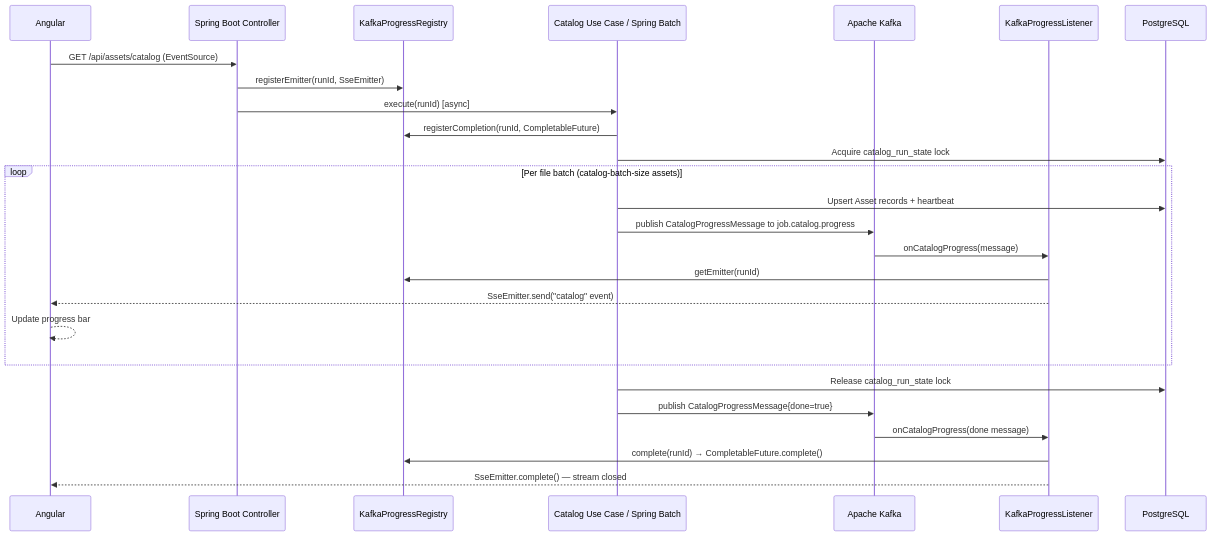
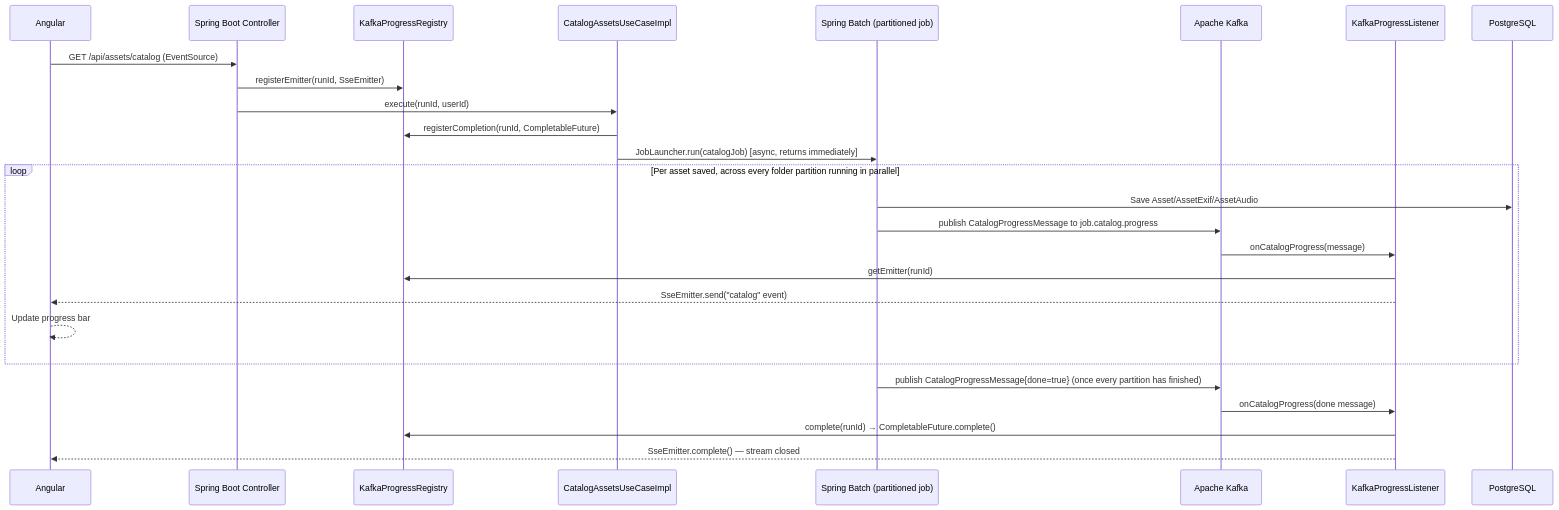
The fifth of 7 diagrams in JPPhotoManagerWeb/README.md (jpablodrexler/jp-photo-manager), drawn with Mermaid before and after one commit. The commit also changed other lines of this file, not shown here.

Commit message:
Fix Mermaid parse errors in the Database Schema and JWT flow diagrams
Database Schema erDiagram: "PK_FK" is not a valid Mermaid attribute key —
combined keys must be comma-separated ("PK, FK"). Fixed on asset_exif.asset_id
and the mongodb-user-preferences user_id row; the underscore-joined form was
silently desyncing the parser several lines later, which is why the reported
error pointed at an unrelated line.

JWT flow sequenceDiagram: verified via mermaid-cli bisection that the actual
break was semicolons inside message text ("jwt=<token>; refreshToken=<token>"),
not the angle brackets as the error location suggested — rephrased both
Set-Cookie lines to avoid semicolons entirely.

While fixing these, also replaced the "Real-time progress" section's
sequenceDiagram, which still showed the old catalog_run_state lock/heartbeat
design already known to be stale and corrected in the Catalog Process
section — it now matches the actual Spring Batch pipeline and documents the
per-instance sse-broadcaster-${HOSTNAME} consumer group.

Verified: extracted and rendered all 7 Mermaid diagrams in this file with
@mermaid-js/mermaid-cli — all render without error.

````diff
--- a/JPPhotoManagerWeb/README.md
+++ b/JPPhotoManagerWeb/README.md
@@ -757,31 +759,31 @@
 ```mermaid
 sequenceDiagram
     participant Angular
     participant Controller as Spring Boot Controller
     participant Registry as KafkaProgressRegistry
-    participant UseCase as Catalog Use Case / Spring Batch
+    participant UseCase as CatalogAssetsUseCaseImpl
+    participant Batch as Spring Batch (partitioned job)
     participant Kafka as Apache Kafka
     participant Listener as KafkaProgressListener
     participant DB as PostgreSQL
 
     Angular->>Controller: GET /api/assets/catalog (EventSource)
     Controller->>Registry: registerEmitter(runId, SseEmitter)
-    Controller->>UseCase: execute(runId) [async]
+    Controller->>UseCase: execute(runId, userId)
     UseCase->>Registry: registerCompletion(runId, CompletableFuture)
-    UseCase->>DB: Acquire catalog_run_state lock
+    UseCase->>Batch: JobLauncher.run(catalogJob) [async, returns immediately]
 
-    loop Per file batch (catalog-batch-size assets)
-        UseCase->>DB: Upsert Asset records + heartbeat
-        UseCase->>Kafka: publish CatalogProgressMessage to job.catalog.progress
+    loop Per asset saved, across every folder partition running in parallel
+        Batch->>DB: Save Asset/AssetExif/AssetAudio
+        Batch->>Kafka: publish CatalogProgressMessage to job.catalog.progress
         Kafka->>Listener: onCatalogProgress(message)
         Listener->>Registry: getEmitter(runId)
         Listener-->>Angular: SseEmitter.send("catalog" event)
         Angular-->>Angular: Update progress bar
     end
 
-    UseCase->>DB: Release catalog_run_state lock
-    UseCase->>Kafka: publish CatalogProgressMessage{done=true}
+    Batch->>Kafka: publish CatalogProgressMessage{done=true} (once every partition has finished)
     Kafka->>Listener: onCatalogProgress(done message)
     Listener->>Registry: complete(runId) → CompletableFuture.complete()
     Listener-->>Angular: SseEmitter.complete() — stream closed
 ```
````
